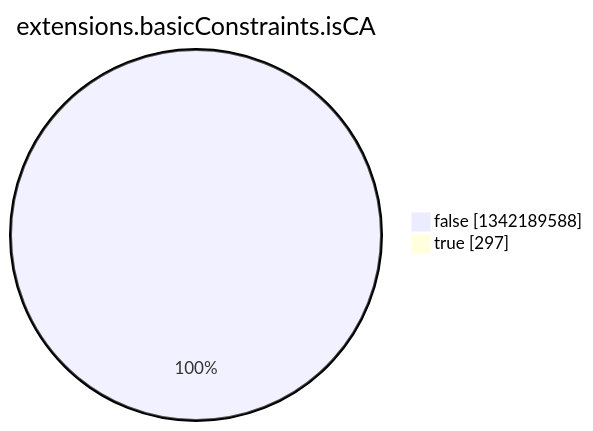
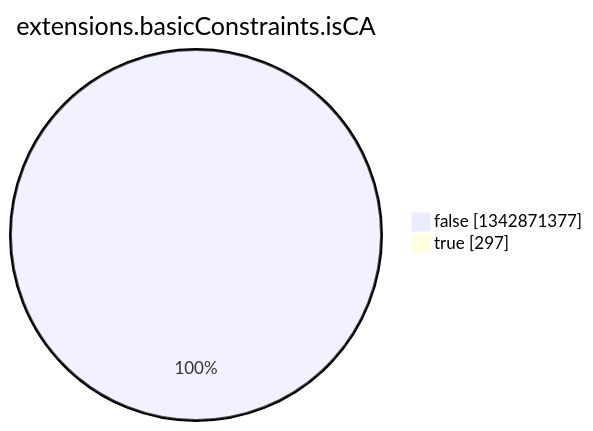
One commit to christiankrug/ctmonitor_visualization changed the eighth of 15 diagrams in argon2022/README.md. Above: the diagram before and after it, drawn with Mermaid. The commit also changed other lines of this file, not shown here.

````diff
--- a/argon2022/README.md
+++ b/argon2022/README.md
@@ -2758,6 +2758,6 @@
 ```mermaid
 pie showData
 title extensions.basicConstraints.isCA
-"false" :1342189588
+"false" :1342871377
 "true" :297
 ```
````
